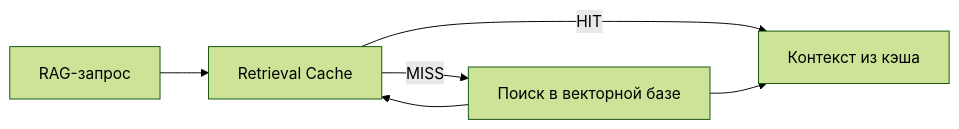
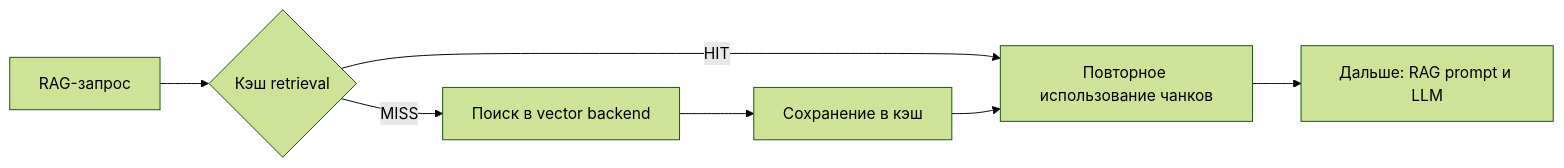
One commit to AlexLvGulyaev/Assistant-Flow changed the sixth of 6 diagrams in USER_GUIDE.md. Above: the diagram before and after it, drawn with Mermaid (forest theme). The commit also changed other lines of this file, not shown here.

Commit message:
docs: user_guide_diagramm

````diff
--- a/USER_GUIDE.md
+++ b/USER_GUIDE.md
@@ -96,8 +143,9 @@
 ```mermaid
 flowchart LR
-    Q[RAG-запрос] --> C[Retrieval Cache]
-    C -->|HIT| CTX[Контекст из кэша]
-    C -->|MISS| RET[Поиск в векторной базе]
-    RET --> CTX
-    RET --> C
+    Q[RAG-запрос] --> C{Кэш retrieval}
+    C -->|HIT| H[Повторное использование чанков]
+    C -->|MISS| R[Поиск в vector backend]
+    R --> W[Сохранение в кэш]
+    W --> H
+    H --> L[Дальше: RAG prompt и LLM]
 ```
````
